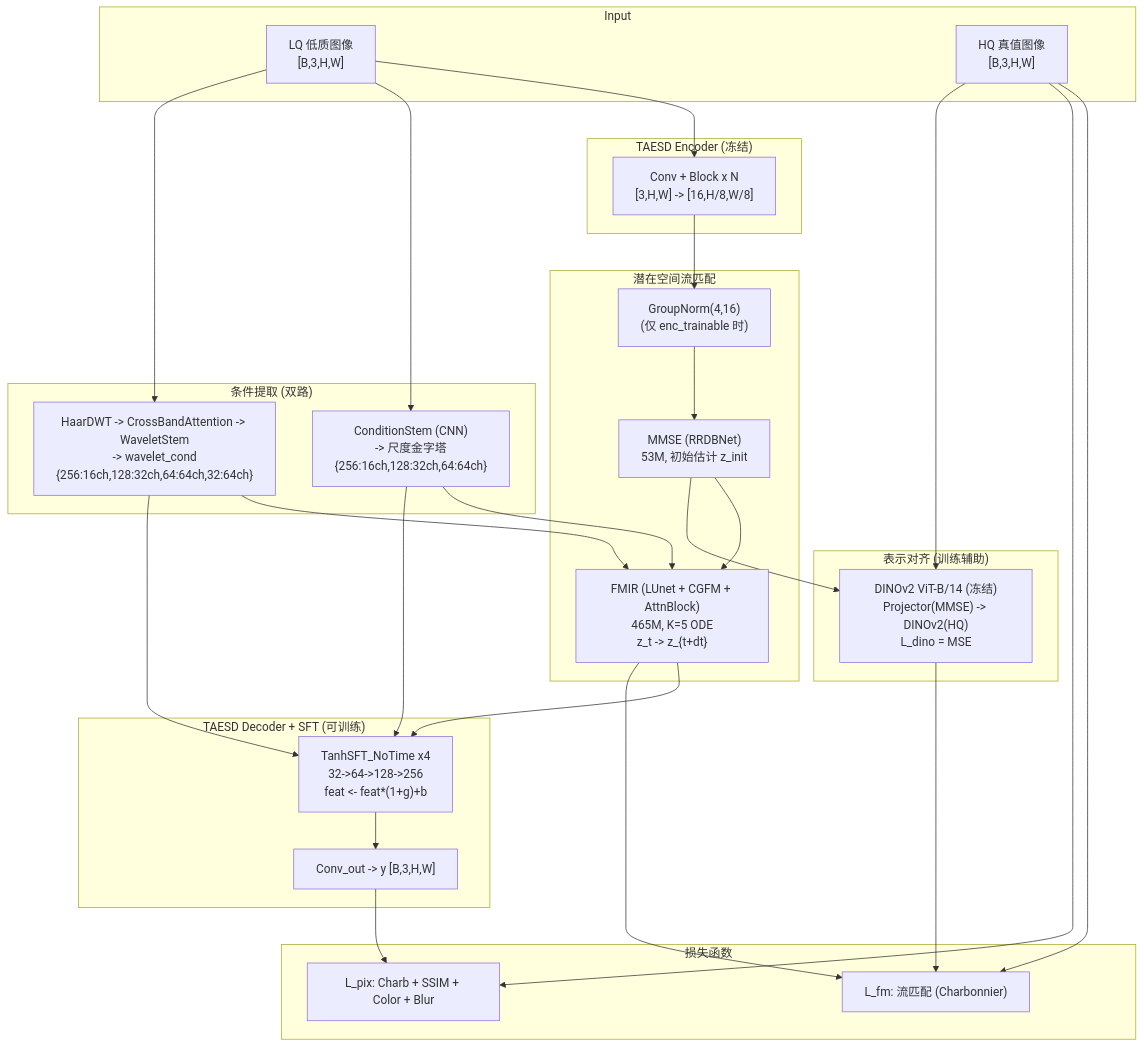
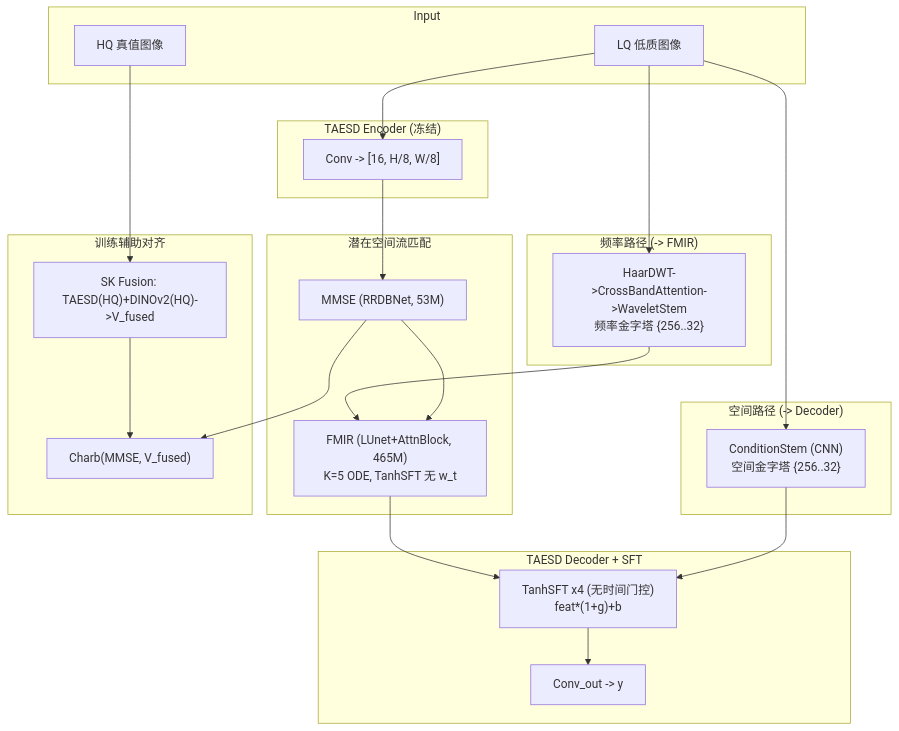
One commit to jlmmox/elir_sft changed the first of 2 diagrams in TRAINING_PIPELINE.md. Above: the diagram before and after it, drawn with Mermaid. The commit also changed other lines of this file and 126 other files, not shown here.

````diff
--- a/TRAINING_PIPELINE.md
+++ b/TRAINING_PIPELINE.md
@@ -5,51 +5,41 @@
 ```mermaid
 flowchart TB
     subgraph Input
-        LQ["LQ 低质图像<br/>[B,3,H,W]"]
-        HQ["HQ 真值图像<br/>[B,3,H,W]"]
+        LQ["LQ 低质图像"]
+        HQ["HQ 真值图像"]
     end
 
     subgraph Encoder["TAESD Encoder (冻结)"]
-        ENC["Conv + Block x N<br/>[3,H,W] -> [16,H/8,W/8]"]
+        ENC["Conv -> [16, H/8, W/8]"]
     end
 
     subgraph LatentPath["潜在空间流匹配"]
-        GN["GroupNorm(4,16)<br/>(仅 enc_trainable 时)"]
-        MMSE["MMSE (RRDBNet)<br/>53M, 初始估计 z_init"]
-        FMIR["FMIR (LUnet + CGFM + AttnBlock)<br/>465M, K=5 ODE<br/>z_t -> z_{t+dt}"]
+        MMSE["MMSE (RRDBNet, 53M)"]
+        FMIR["FMIR (LUnet+AttnBlock, 465M)<br/>K=5 ODE, TanhSFT 无 w_t"]
     end
 
-    subgraph CondPath["条件提取 (双路)"]
-        CNN["ConditionStem (CNN)<br/>-> 尺度金字塔<br/>{256:16ch,128:32ch,64:64ch}"]
-        WAVE["HaarDWT -> CrossBandAttention -> WaveletStem<br/>-> wavelet_cond<br/>{256:16ch,128:32ch,64:64ch,32:64ch}"]
+    subgraph FreqCond["频率路径 (-> FMIR)"]
+        WAVE["HaarDWT->CrossBandAttention->WaveletStem<br/>频率金字塔 {256..32}"]
     end
 
-    subgraph Decoder["TAESD Decoder + SFT (可训练)"]
-        SFT["TanhSFT_NoTime x4<br/>32->64->128->256<br/>feat <- feat*(1+g)+b"]
-        DEC["Conv_out -> y [B,3,H,W]"]
+    subgraph SpatialCond["空间路径 (-> Decoder)"]
+        CNN["ConditionStem (CNN)<br/>空间金字塔 {256..32}"]
     end
 
-    subgraph Align["表示对齐 (训练辅助)"]
-        DINO["DINOv2 ViT-B/14 (冻结)<br/>Projector(MMSE) -> DINOv2(HQ)<br/>L_dino = MSE"]
+    subgraph Decoder["TAESD Decoder + SFT"]
+        SFT["TanhSFT x4 (无时间门控)<br/>feat*(1+g)+b"]
+        DEC["Conv_out -> y"]
     end
 
-    subgraph Losses["损失函数"]
-        FM_L["L_fm: 流匹配 (Charbonnier)"]
-        PIX_L["L_pix: Charb + SSIM + Color + Blur"]
+    subgraph Align["训练辅助对齐"]
+        SKF["SK Fusion: TAESD(HQ)+DINOv2(HQ)->V_fused"]
+        ALIGN["Charb(MMSE, V_fused)"]
     end
 
-    LQ --> ENC --> GN --> MMSE --> FMIR
-    LQ --> CNN --> FMIR
-    LQ --> WAVE
-    WAVE --> FMIR
-    WAVE --> SFT
-    CNN --> SFT
+    LQ --> ENC --> MMSE --> FMIR
+    LQ --> WAVE --> FMIR
+    LQ --> CNN --> SFT
     FMIR --> SFT --> DEC
-    DEC --> PIX_L
-    FMIR --> FM_L
-    HQ --> FM_L
-    HQ --> PIX_L
-    MMSE --> DINO
-    DINO --> FM_L
-    HQ --> DINO
+    MMSE --> ALIGN
+    HQ --> SKF --> ALIGN
 ```
````
